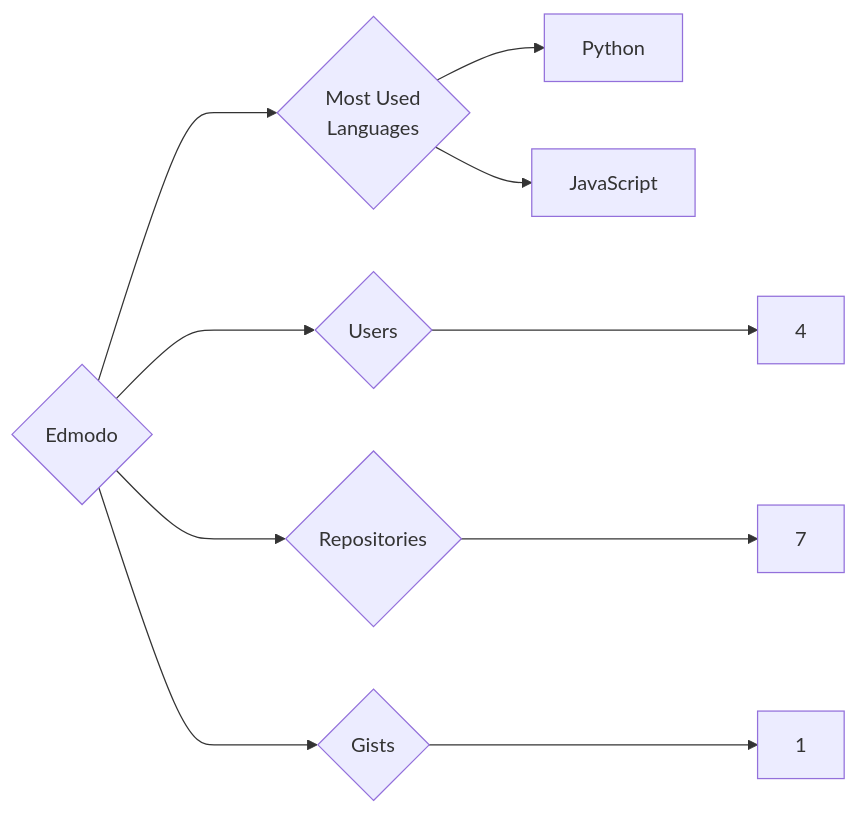
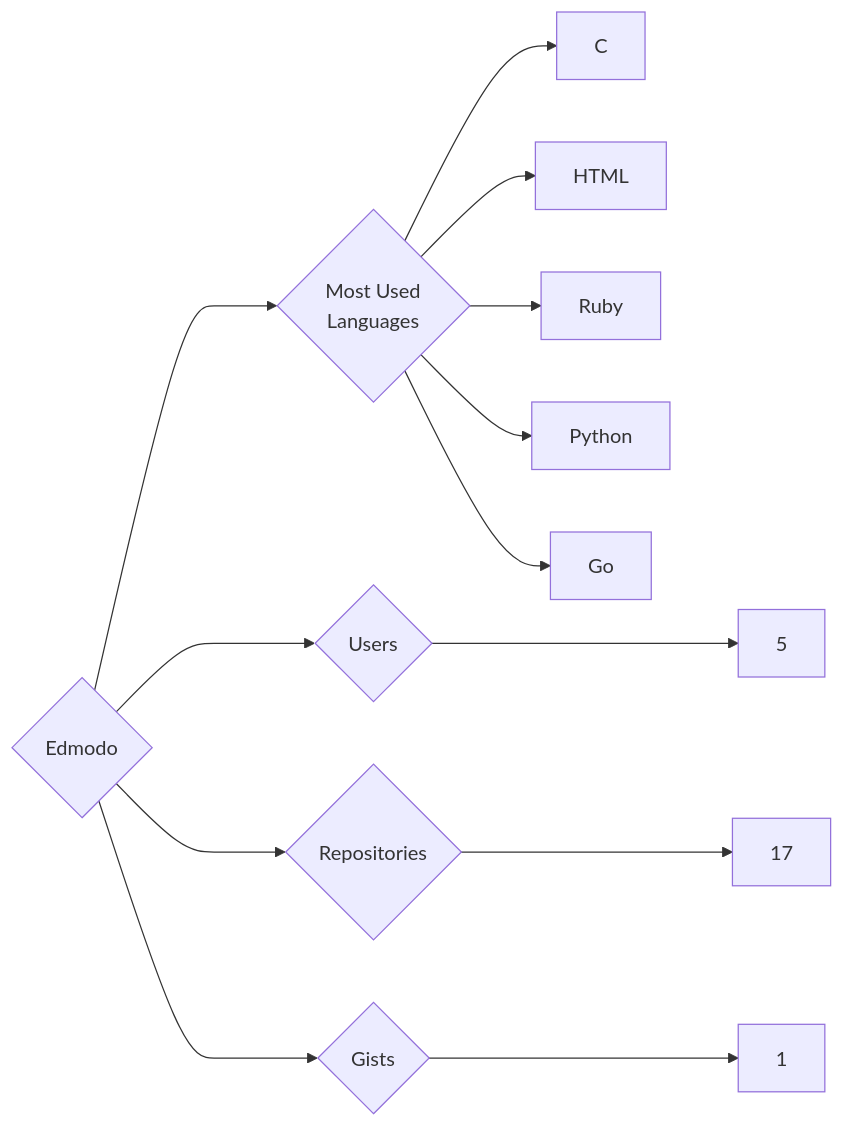
Before and after one commit to trickest/insiders: the diagram in targets/Edmodo/README.md, drawn with Mermaid. The commit also changed 748 other files, not shown here.

````diff
--- a/targets/Edmodo/README.md
+++ b/targets/Edmodo/README.md
@@ -3,10 +3,13 @@
 ```mermaid
 graph LR
 COMPANY_NAME{Edmodo}
-COMPANY_NAME ---> U{Users} ---> UN[4]
-COMPANY_NAME ---> R{Repositories} ---> RN[7]
+COMPANY_NAME ---> U{Users} ---> UN[5]
+COMPANY_NAME ---> R{Repositories} ---> RN[17]
 COMPANY_NAME ---> G{Gists} ---> GN[1]
 COMPANY_NAME ---> ML{Most Used<br>Languages}
+ML --> C[C]
+ML --> HTML[HTML]
+ML --> Ruby[Ruby]
 ML --> Python[Python]
-ML --> JavaScript[JavaScript]
+ML --> Go[Go]
 ```
````
